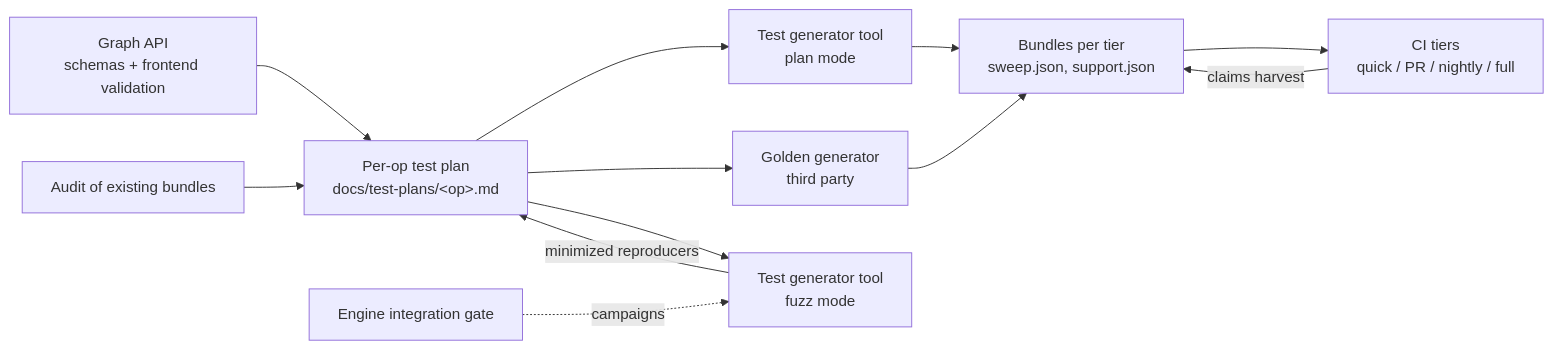
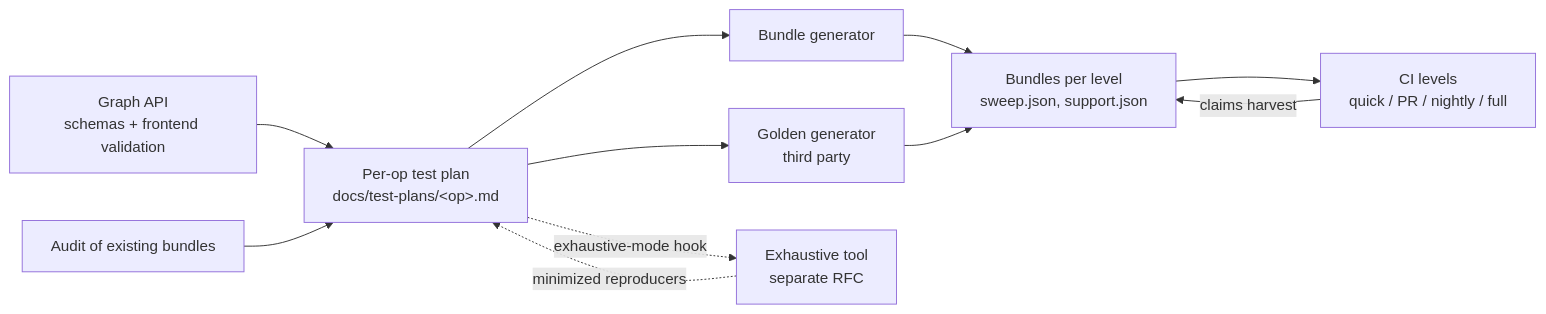
One commit to ROCm/rocm-libraries changed the diagram in projects/hipdnn/docs/rfcs/0021_PerOpTestPlans.md. Above: the diagram before and after it, drawn with Mermaid. The commit also changed other lines of this file, not shown here.

First line of the commit message:
docs(hipdnn): align RFC 0021 with ALMIOPEN-2947

````diff
--- a/projects/hipdnn/docs/rfcs/0021_PerOpTestPlans.md
+++ b/projects/hipdnn/docs/rfcs/0021_PerOpTestPlans.md
@@ -99,14 +110,13 @@
 ```mermaid
 flowchart LR
   API[Graph API<br/>schemas + frontend validation] --> PLAN[Per-op test plan<br/>docs/test-plans/&lt;op&gt;.md]
   AUDIT[Audit of existing bundles] --> PLAN
-  PLAN --> GEN[Test generator tool<br/>plan mode]
-  GEN --> B[Bundles per tier<br/>sweep.json, support.json]
+  PLAN --> GEN[Bundle generator]
+  GEN --> B[Bundles per level<br/>sweep.json, support.json]
   PLAN --> GOLD[Golden generator<br/>third party]
   GOLD --> B
-  B --> CI[CI tiers<br/>quick / PR / nightly / full]
+  B --> CI[CI levels<br/>quick / PR / nightly / full]
   CI -- claims harvest --> B
-  PLAN --> FUZZ[Test generator tool<br/>fuzz mode]
-  FUZZ -- minimized reproducers --> PLAN
-  GATE[Engine integration gate] -. campaigns .-> FUZZ
+  PLAN -. exhaustive-mode hook .-> EXH[Exhaustive tool<br/>separate RFC]
+  EXH -. minimized reproducers .-> PLAN
 ```
````
